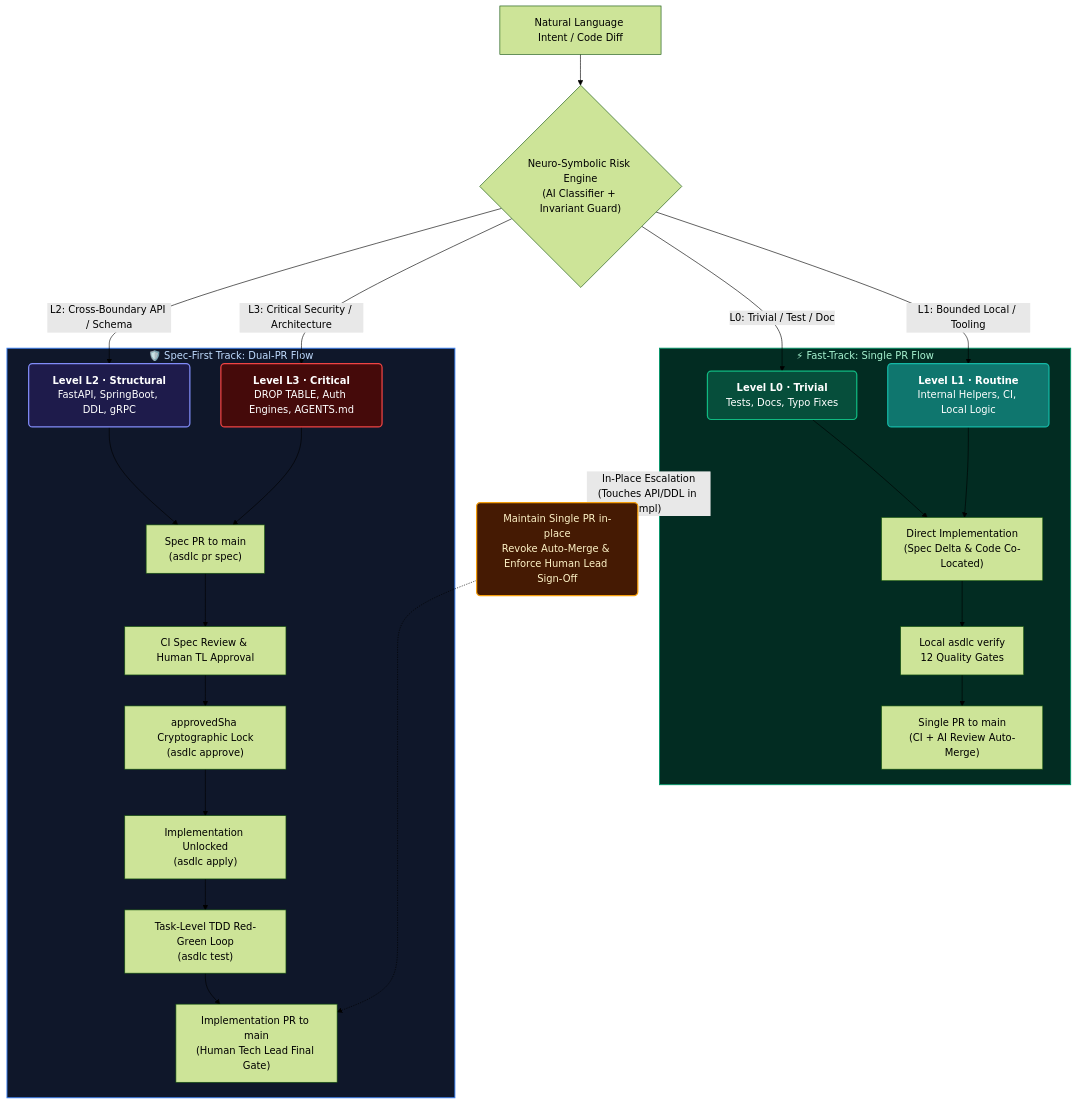
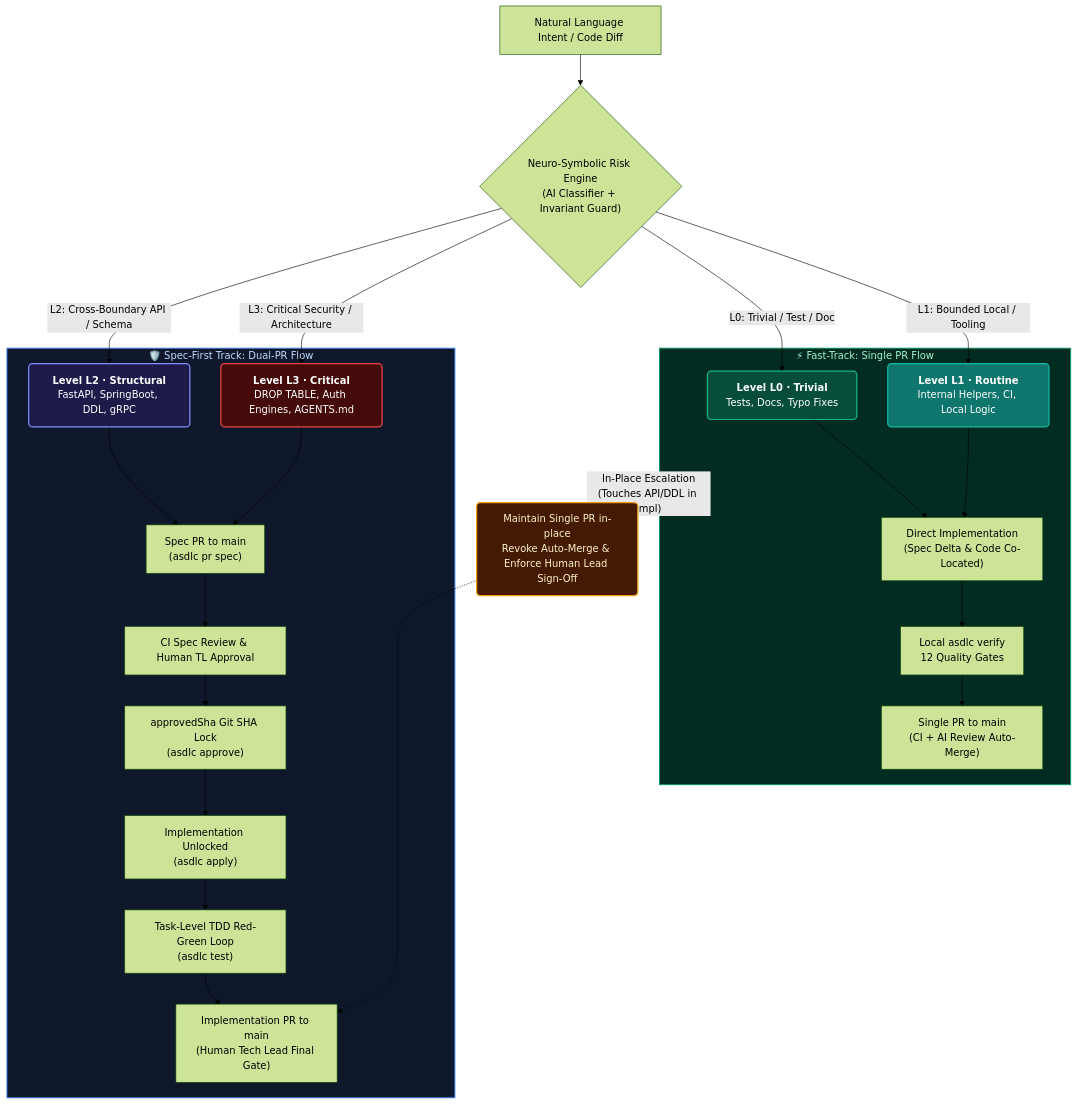
Before and after one commit to akjamie/agentic-sdlc: the first of 2 diagrams in README.md, drawn with Mermaid (forest theme). The commit also changed other lines of this file and 5 other files, not shown here.

Commit message:
feat(topology): integrate graphify AST god nodes into v3 risk vector and formalize dual-engine classification

````diff
--- a/README.md
+++ b/README.md
@@ -50,45 +50,45 @@
 ```mermaid
 flowchart TD
     REQ["Natural Language Intent / Code Diff"] --> ASSESS{"Neuro-Symbolic Risk Engine<br/>(AI Classifier + Invariant Guard)"}
 
     ASSESS -->|L0: Trivial / Test / Doc| T_L0["<b>Level L0 · Trivial</b><br/>Tests, Docs, Typo Fixes"]
     ASSESS -->|L1: Bounded Local / Tooling| T_L1["<b>Level L1 · Routine</b><br/>Internal Helpers, CI, Local Logic"]
     ASSESS -->|L2: Cross-Boundary API / Schema| T_L2["<b>Level L2 · Structural</b><br/>FastAPI, SpringBoot, DDL, gRPC"]
     ASSESS -->|L3: Critical Security / Architecture| T_L3["<b>Level L3 · Critical</b><br/>DROP TABLE, Auth Engines, AGENTS.md"]
 
     subgraph FAST_TRACK ["⚡ Fast-Track: Single PR Flow"]
         T_L0 --> SP1["Direct Implementation<br/>(Spec Delta & Code Co-Located)"]
         T_L1 --> SP1
         SP1 --> V_AUTO["Local asdlc verify<br/>12 Quality Gates"]
         V_AUTO --> PR_AUTO["Single PR to main<br/>(CI + AI Review Auto-Merge)"]
     end
 
     subgraph SPEC_FIRST ["🛡️ Spec-First Track: Dual-PR Flow"]
         T_L2 --> DP1["Spec PR to main<br/>(asdlc pr spec)"]
         T_L3 --> DP1
         DP1 --> G_SPEC["CI Spec Review & Human TL Approval"]
-        G_SPEC --> S_LOCK["approvedSha Cryptographic Lock<br/>(asdlc approve)"]
+        G_SPEC --> S_LOCK["approvedSha Git SHA Lock<br/>(asdlc approve)"]
         S_LOCK --> DP2["Implementation Unlocked<br/>(asdlc apply)"]
         DP2 --> DP3["Task-Level TDD Red-Green Loop<br/>(asdlc test)"]
         DP3 --> PR_IMPL["Implementation PR to main<br/>(Human Tech Lead Final Gate)"]
     end
 
     FAST_TRACK -.->|"In-Place Escalation<br/>(Touches API/DDL in Impl)"| ESCALATE["Maintain Single PR in-place<br/>Revoke Auto-Merge & Enforce Human Lead Sign-Off"]
     ESCALATE -.-> PR_IMPL
 
     classDef l0Style fill:#064e3b,stroke:#10b981,stroke-width:2px,color:#ffffff,rx:6px,ry:6px;
     classDef l1Style fill:#0f766e,stroke:#14b8a6,stroke-width:2px,color:#ffffff,rx:6px,ry:6px;
     classDef l2Style fill:#1e1b4b,stroke:#818cf8,stroke-width:2px,color:#ffffff,rx:6px,ry:6px;
     classDef l3Style fill:#450a0a,stroke:#ef4444,stroke-width:2px,color:#ffffff,rx:6px,ry:6px;
     classDef subFast fill:#022c22,stroke:#059669,stroke-width:1.5px,color:#a7f3d0;
     classDef subSpec fill:#0f172a,stroke:#3b82f6,stroke-width:1.5px,color:#bfdbfe;
     classDef escStyle fill:#451a03,stroke:#f59e0b,stroke-width:2px,color:#fef3c7,rx:6px,ry:6px;
 
     class T_L0 l0Style;
     class T_L1 l1Style;
     class T_L2 l2Style;
     class T_L3 l3Style;
     class FAST_TRACK subFast;
     class SPEC_FIRST subSpec;
     class ESCALATE escStyle;
 ```
````
